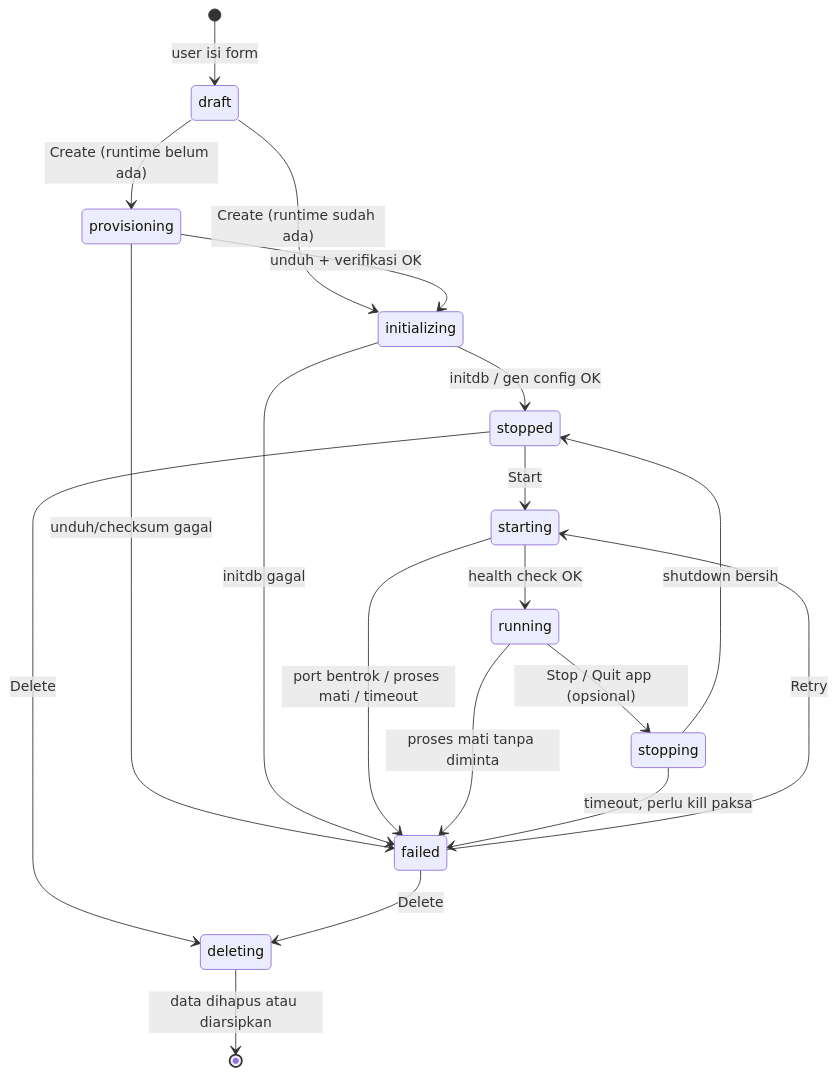
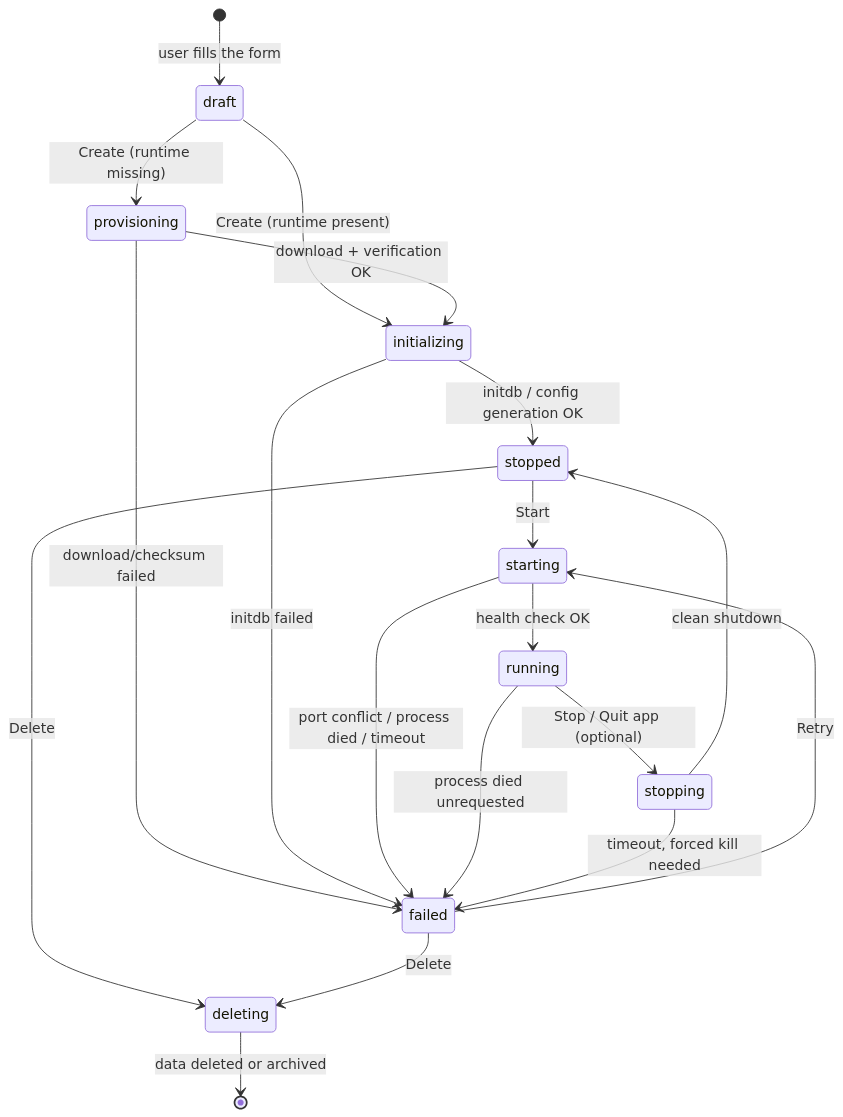
One commit to rezkycodes/dblocal changed the second of 4 diagrams in docs/prd/dblocal/PRD.md. Above: the diagram before and after it, drawn with Mermaid. The commit also changed other lines of this file and 1 other file, not shown here.

````diff
--- a/docs/prd/dblocal/PRD.md
+++ b/docs/prd/dblocal/PRD.md
@@ -303,21 +303,21 @@
 ```mermaid
 stateDiagram-v2
-    [*] --> draft: user isi form
-    draft --> provisioning: Create (runtime belum ada)
-    draft --> initializing: Create (runtime sudah ada)
-    provisioning --> initializing: unduh + verifikasi OK
-    provisioning --> failed: unduh/checksum gagal
-    initializing --> stopped: initdb / gen config OK
-    initializing --> failed: initdb gagal
+    [*] --> draft: user fills the form
+    draft --> provisioning: Create (runtime missing)
+    draft --> initializing: Create (runtime present)
+    provisioning --> initializing: download + verification OK
+    provisioning --> failed: download/checksum failed
+    initializing --> stopped: initdb / config generation OK
+    initializing --> failed: initdb failed
     stopped --> starting: Start
     starting --> running: health check OK
-    starting --> failed: port bentrok / proses mati / timeout
-    running --> stopping: Stop / Quit app (opsional)
-    running --> failed: proses mati tanpa diminta
-    stopping --> stopped: shutdown bersih
-    stopping --> failed: timeout, perlu kill paksa
+    starting --> failed: port conflict / process died / timeout
+    running --> stopping: Stop / Quit app (optional)
+    running --> failed: process died unrequested
+    stopping --> stopped: clean shutdown
+    stopping --> failed: timeout, forced kill needed
     failed --> starting: Retry
     stopped --> deleting: Delete
     failed --> deleting: Delete
-    deleting --> [*]: data dihapus atau diarsipkan
+    deleting --> [*]: data deleted or archived
 ```
````
